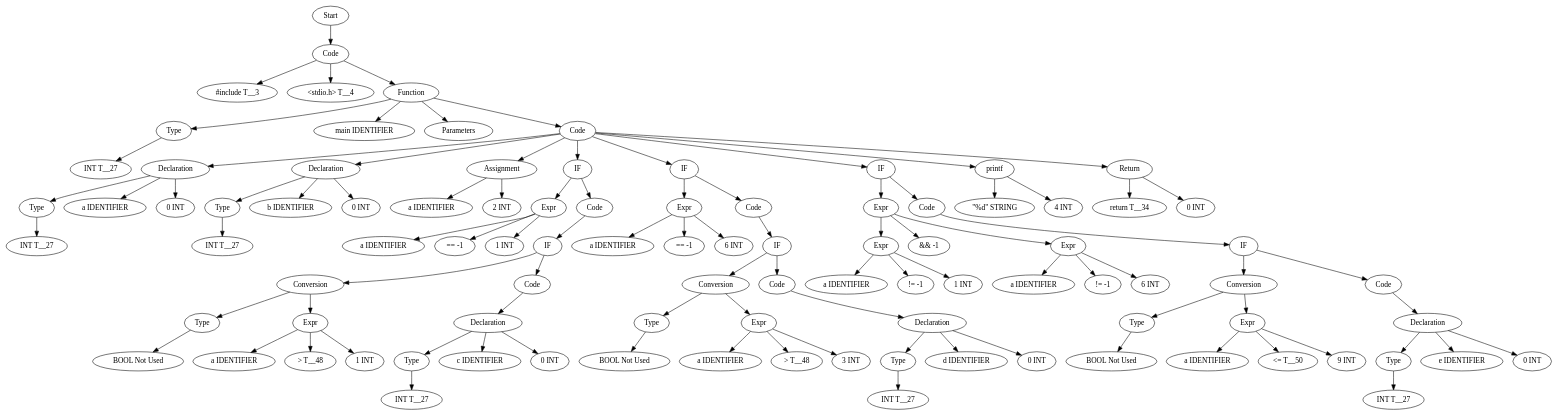
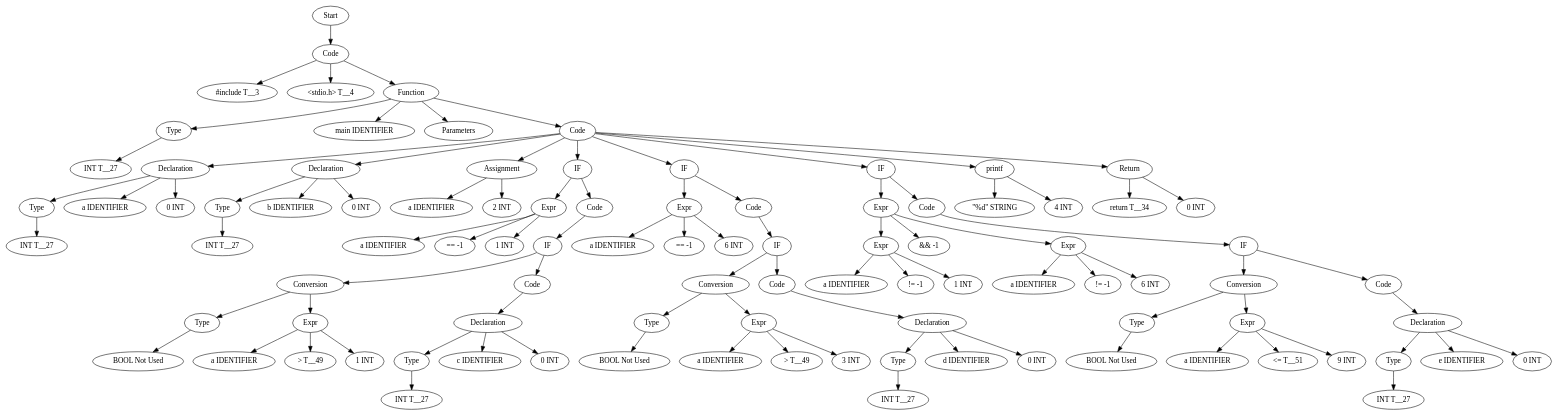
The diagram in TestCases/ASTTests/SwitchTests/createTests/read_file_after.dot (Are-you-listening/Compilers), drawn with Graphviz before and after one commit. The commit also changed 363 other files, not shown here.

```diff
--- a/TestCases/ASTTests/SwitchTests/createTests/read_file_after.dot
+++ b/TestCases/ASTTests/SwitchTests/createTests/read_file_after.dot
@@ -1,191 +1,191 @@
 digraph AST {
-  "138215739825872" [label="Start"];
-  "138215739825872" -> "138215739818960";
-  "138215739818960" [label="Code"];
-  "138215739818960" -> "138215739989520";
-  "138215739818960" -> "138215739986640";
-  "138215739818960" -> "138215739984864";
-  "138215739989520" [label="#include T__3"];
-  "138215739986640" [label="<stdio.h> T__4"];
-  "138215739984864" [label="Function"];
-  "138215739984864" -> "138215739984432";
-  "138215739984864" -> "138215739985152";
-  "138215739984864" -> "138215739990912";
-  "138215739984864" -> "138215739992544";
-  "138215739984432" [label="Type"];
-  "138215739984432" -> "138215739988464";
-  "138215739988464" [label="INT T__27"];
-  "138215739985152" [label="main IDENTIFIER"];
-  "138215739990912" [label="Parameters"];
-  "138215739992544" [label="Code"];
-  "138215739992544" -> "138215739989424";
-  "138215739992544" -> "138215739990192";
-  "138215739992544" -> "138215739985296";
-  "138215739992544" -> "138215739984240";
-  "138215739992544" -> "138215739985200";
-  "138215739992544" -> "138215739990240";
-  "138215739992544" -> "138215739994080";
-  "138215739992544" -> "138215739982608";
-  "138215739989424" [label="Declaration"];
-  "138215739989424" -> "138215739990960";
-  "138215739989424" -> "138215739985824";
-  "138215739989424" -> "138215739987360";
-  "138215739990960" [label="Type"];
-  "138215739990960" -> "138215739985584";
-  "138215739985584" [label="INT T__27"];
-  "138215739985824" [label="a IDENTIFIER"];
-  "138215739987360" [label="0 INT"];
-  "138215739990192" [label="Declaration"];
-  "138215739990192" -> "138215739988800";
-  "138215739990192" -> "138215739991440";
-  "138215739990192" -> "138215739986208";
-  "138215739988800" [label="Type"];
-  "138215739988800" -> "138215739985776";
-  "138215739985776" [label="INT T__27"];
-  "138215739991440" [label="b IDENTIFIER"];
-  "138215739986208" [label="0 INT"];
-  "138215739985296" [label="Assignment"];
-  "138215739985296" -> "138215739984720";
-  "138215739985296" -> "138215739987264";
-  "138215739984720" [label="a IDENTIFIER"];
-  "138215739987264" [label="2 INT"];
-  "138215739984240" [label="IF"];
-  "138215739984240" -> "138215739986736";
-  "138215739984240" -> "138215739986592";
-  "138215739986736" [label="Expr"];
-  "138215739986736" -> "138215739989808";
-  "138215739986736" -> "138215739988560";
-  "138215739986736" -> "138215739989760";
-  "138215739989808" [label="a IDENTIFIER"];
-  "138215739988560" [label="== -1"];
-  "138215739989760" [label="1 INT"];
-  "138215739986592" [label="Code"];
-  "138215739986592" -> "138215739987696";
-  "138215739987696" [label="IF"];
-  "138215739987696" -> "138215739992304";
-  "138215739987696" -> "138215739989712";
-  "138215739992304" [label="Conversion"];
-  "138215739992304" -> "138215739983040";
-  "138215739992304" -> "138215739988656";
-  "138215739983040" [label="Type"];
-  "138215739983040" -> "138215739993264";
-  "138215739993264" [label="BOOL Not Used"];
-  "138215739988656" [label="Expr"];
-  "138215739988656" -> "138215739987024";
-  "138215739988656" -> "138215739991056";
-  "138215739988656" -> "138215739982896";
-  "138215739987024" [label="a IDENTIFIER"];
-  "138215739991056" [label="> T__48"];
-  "138215739982896" [label="1 INT"];
-  "138215739989712" [label="Code"];
-  "138215739989712" -> "138215739991824";
-  "138215739991824" [label="Declaration"];
-  "138215739991824" -> "138215739992256";
-  "138215739991824" -> "138215739992928";
-  "138215739991824" -> "138215739991584";
-  "138215739992256" [label="Type"];
-  "138215739992256" -> "138215739989904";
-  "138215739989904" [label="INT T__27"];
-  "138215739992928" [label="c IDENTIFIER"];
-  "138215739991584" [label="0 INT"];
-  "138215739985200" [label="IF"];
-  "138215739985200" -> "138215739987648";
-  "138215739985200" -> "138215739987072";
-  "138215739987648" [label="Expr"];
-  "138215739987648" -> "138215739994464";
-  "138215739987648" -> "138215739993552";
-  "138215739987648" -> "138215739993744";
-  "138215739994464" [label="a IDENTIFIER"];
-  "138215739993552" [label="== -1"];
-  "138215739993744" [label="6 INT"];
-  "138215739987072" [label="Code"];
-  "138215739987072" -> "138215739994320";
-  "138215739994320" [label="IF"];
-  "138215739994320" -> "138215739994272";
-  "138215739994320" -> "138215739994512";
-  "138215739994272" [label="Conversion"];
-  "138215739994272" -> "138215739994608";
-  "138215739994272" -> "138215739995184";
-  "138215739994608" [label="Type"];
-  "138215739994608" -> "138215739995376";
-  "138215739995376" [label="BOOL Not Used"];
-  "138215739995184" [label="Expr"];
-  "138215739995184" -> "138215739993984";
-  "138215739995184" -> "138215739992688";
-  "138215739995184" -> "138215739983232";
-  "138215739993984" [label="a IDENTIFIER"];
-  "138215739992688" [label="> T__48"];
-  "138215739983232" [label="3 INT"];
-  "138215739994512" [label="Code"];
-  "138215739994512" -> "138215739982416";
-  "138215739982416" [label="Declaration"];
-  "138215739982416" -> "138215739982080";
-  "138215739982416" -> "138215739993360";
-  "138215739982416" -> "138215739991776";
-  "138215739982080" [label="Type"];
-  "138215739982080" -> "138215739994032";
-  "138215739994032" [label="INT T__27"];
-  "138215739993360" [label="d IDENTIFIER"];
-  "138215739991776" [label="0 INT"];
-  "138215739990240" [label="IF"];
-  "138215739990240" -> "138215739994416";
-  "138215739990240" -> "138215739995280";
-  "138215739994416" [label="Expr"];
-  "138215739994416" -> "138215739983328";
-  "138215739994416" -> "138215739994128";
-  "138215739994416" -> "138215739995136";
-  "138215739983328" [label="Expr"];
-  "138215739983328" -> "138215739994992";
-  "138215739983328" -> "138215739995040";
-  "138215739983328" -> "138215739994944";
-  "138215739994992" [label="a IDENTIFIER"];
-  "138215739995040" [label="!= -1"];
-  "138215739994944" [label="1 INT"];
-  "138215739994128" [label="&& -1"];
-  "138215739995136" [label="Expr"];
-  "138215739995136" -> "138215739982704";
-  "138215739995136" -> "138215739983664";
-  "138215739995136" -> "138215739991728";
-  "138215739982704" [label="a IDENTIFIER"];
-  "138215739983664" [label="!= -1"];
-  "138215739991728" [label="6 INT"];
-  "138215739995280" [label="Code"];
-  "138215739995280" -> "138215739991968";
-  "138215739991968" [label="IF"];
-  "138215739991968" -> "138215739982368";
-  "138215739991968" -> "138215739995232";
-  "138215739982368" [label="Conversion"];
-  "138215739982368" -> "138215739996096";
-  "138215739982368" -> "138215739996240";
-  "138215739996096" [label="Type"];
-  "138215739996096" -> "138215739996288";
-  "138215739996288" [label="BOOL Not Used"];
-  "138215739996240" [label="Expr"];
-  "138215739996240" -> "138215739996480";
-  "138215739996240" -> "138215739996144";
-  "138215739996240" -> "138215739996192";
-  "138215739996480" [label="a IDENTIFIER"];
-  "138215739996144" [label="<= T__50"];
-  "138215739996192" [label="9 INT"];
-  "138215739995232" [label="Code"];
-  "138215739995232" -> "138215739996048";
-  "138215739996048" [label="Declaration"];
-  "138215739996048" -> "138215739995856";
-  "138215739996048" -> "138215739995712";
-  "138215739996048" -> "138215739995808";
-  "138215739995856" [label="Type"];
-  "138215739995856" -> "138215739995760";
-  "138215739995760" [label="INT T__27"];
-  "138215739995712" [label="e IDENTIFIER"];
-  "138215739995808" [label="0 INT"];
-  "138215739994080" [label="printf"];
-  "138215739994080" -> "138215739982800";
-  "138215739994080" -> "138215739996576";
-  "138215739982800" [label="\"%d\" STRING"];
-  "138215739996576" [label="4 INT"];
-  "138215739982608" [label="Return"];
-  "138215739982608" -> "138215739995472";
-  "138215739982608" -> "138215739995424";
-  "138215739995472" [label="return T__34"];
-  "138215739995424" [label="0 INT"];
+  "129425059526352" [label="Start"];
+  "129425059526352" -> "129425059722528";
+  "129425059722528" [label="Code"];
+  "129425059722528" -> "129425059724784";
+  "129425059722528" -> "129425059709232";
+  "129425059722528" -> "129425059713792";
+  "129425059724784" [label="#include T__3"];
+  "129425059709232" [label="<stdio.h> T__4"];
+  "129425059713792" [label="Function"];
+  "129425059713792" -> "129425059709808";
+  "129425059713792" -> "129425059723296";
+  "129425059713792" -> "129425059723488";
+  "129425059713792" -> "129425059712592";
+  "129425059709808" [label="Type"];
+  "129425059709808" -> "129425059723248";
+  "129425059723248" [label="INT T__27"];
+  "129425059723296" [label="main IDENTIFIER"];
+  "129425059723488" [label="Parameters"];
+  "129425059712592" [label="Code"];
+  "129425059712592" -> "129425059716576";
+  "129425059712592" -> "129425059718928";
+  "129425059712592" -> "129425059711296";
+  "129425059712592" -> "129425059719408";
+  "129425059712592" -> "129425059718736";
+  "129425059712592" -> "129425059873984";
+  "129425059712592" -> "129425059884256";
+  "129425059712592" -> "129425059886560";
+  "129425059716576" [label="Declaration"];
+  "129425059716576" -> "129425059716192";
+  "129425059716576" -> "129425059710768";
+  "129425059716576" -> "129425059711200";
+  "129425059716192" [label="Type"];
+  "129425059716192" -> "129425059710528";
+  "129425059710528" [label="INT T__27"];
+  "129425059710768" [label="a IDENTIFIER"];
+  "129425059711200" [label="0 INT"];
+  "129425059718928" [label="Declaration"];
+  "129425059718928" -> "129425059722096";
+  "129425059718928" -> "129425059723152";
+  "129425059718928" -> "129425059717200";
+  "129425059722096" [label="Type"];
+  "129425059722096" -> "129425059723104";
+  "129425059723104" [label="INT T__27"];
+  "129425059723152" [label="b IDENTIFIER"];
+  "129425059717200" [label="0 INT"];
+  "129425059711296" [label="Assignment"];
+  "129425059711296" -> "129425059712400";
+  "129425059711296" -> "129425059719216";
+  "129425059712400" [label="a IDENTIFIER"];
+  "129425059719216" [label="2 INT"];
+  "129425059719408" [label="IF"];
+  "129425059719408" -> "129425059719168";
+  "129425059719408" -> "129425059713264";
+  "129425059719168" [label="Expr"];
+  "129425059719168" -> "129425059720320";
+  "129425059719168" -> "129425059715232";
+  "129425059719168" -> "129425059721808";
+  "129425059720320" [label="a IDENTIFIER"];
+  "129425059715232" [label="== -1"];
+  "129425059721808" [label="1 INT"];
+  "129425059713264" [label="Code"];
+  "129425059713264" -> "129425059721184";
+  "129425059721184" [label="IF"];
+  "129425059721184" -> "129425059715136";
+  "129425059721184" -> "129425059882240";
+  "129425059715136" [label="Conversion"];
+  "129425059715136" -> "129425059718448";
+  "129425059715136" -> "129425059711440";
+  "129425059718448" [label="Type"];
+  "129425059718448" -> "129425059721952";
+  "129425059721952" [label="BOOL Not Used"];
+  "129425059711440" [label="Expr"];
+  "129425059711440" -> "129425059724256";
+  "129425059711440" -> "129425059717680";
+  "129425059711440" -> "129425059882192";
+  "129425059724256" [label="a IDENTIFIER"];
+  "129425059717680" [label="> T__49"];
+  "129425059882192" [label="1 INT"];
+  "129425059882240" [label="Code"];
+  "129425059882240" -> "129425059881952";
+  "129425059881952" [label="Declaration"];
+  "129425059881952" -> "129425059881760";
+  "129425059881952" -> "129425059881328";
+  "129425059881952" -> "129425059876768";
+  "129425059881760" [label="Type"];
+  "129425059881760" -> "129425059881568";
+  "129425059881568" [label="INT T__27"];
+  "129425059881328" [label="c IDENTIFIER"];
+  "129425059876768" [label="0 INT"];
+  "129425059718736" [label="IF"];
+  "129425059718736" -> "129425059876720";
+  "129425059718736" -> "129425059878832";
+  "129425059876720" [label="Expr"];
+  "129425059876720" -> "129425059875952";
+  "129425059876720" -> "129425059879408";
+  "129425059876720" -> "129425059878880";
+  "129425059875952" [label="a IDENTIFIER"];
+  "129425059879408" [label="== -1"];
+  "129425059878880" [label="6 INT"];
+  "129425059878832" [label="Code"];
+  "129425059878832" -> "129425059874080";
+  "129425059874080" [label="IF"];
+  "129425059874080" -> "129425059878352";
+  "129425059874080" -> "129425059874992";
+  "129425059878352" [label="Conversion"];
+  "129425059878352" -> "129425059876144";
+  "129425059878352" -> "129425059873552";
+  "129425059876144" [label="Type"];
+  "129425059876144" -> "129425059876048";
+  "129425059876048" [label="BOOL Not Used"];
+  "129425059873552" [label="Expr"];
+  "129425059873552" -> "129425059873456";
+  "129425059873552" -> "129425059877152";
+  "129425059873552" -> "129425059875136";
+  "129425059873456" [label="a IDENTIFIER"];
+  "129425059877152" [label="> T__49"];
+  "129425059875136" [label="3 INT"];
+  "129425059874992" [label="Code"];
+  "129425059874992" -> "129425059874896";
+  "129425059874896" [label="Declaration"];
+  "129425059874896" -> "129425059879600";
+  "129425059874896" -> "129425059877392";
+  "129425059874896" -> "129425059880272";
+  "129425059879600" [label="Type"];
+  "129425059879600" -> "129425059878400";
+  "129425059878400" [label="INT T__27"];
+  "129425059877392" [label="d IDENTIFIER"];
+  "129425059880272" [label="0 INT"];
+  "129425059873984" [label="IF"];
+  "129425059873984" -> "129425059873024";
+  "129425059873984" -> "129425059884016";
+  "129425059873024" [label="Expr"];
+  "129425059873024" -> "129425059882768";
+  "129425059873024" -> "129425059883344";
+  "129425059873024" -> "129425059883488";
+  "129425059882768" [label="Expr"];
+  "129425059882768" -> "129425059882960";
+  "129425059882768" -> "129425059883104";
+  "129425059882768" -> "129425059883248";
+  "129425059882960" [label="a IDENTIFIER"];
+  "129425059883104" [label="!= -1"];
+  "129425059883248" [label="1 INT"];
+  "129425059883344" [label="&& -1"];
+  "129425059883488" [label="Expr"];
+  "129425059883488" -> "129425059883680";
+  "129425059883488" -> "129425059883824";
+  "129425059883488" -> "129425059883968";
+  "129425059883680" [label="a IDENTIFIER"];
+  "129425059883824" [label="!= -1"];
+  "129425059883968" [label="6 INT"];
+  "129425059884016" [label="Code"];
+  "129425059884016" -> "129425059884208";
+  "129425059884208" [label="IF"];
+  "129425059884208" -> "129425059884400";
+  "129425059884208" -> "129425059885408";
+  "129425059884400" [label="Conversion"];
+  "129425059884400" -> "129425059884592";
+  "129425059884400" -> "129425059884880";
+  "129425059884592" [label="Type"];
+  "129425059884592" -> "129425059884784";
+  "129425059884784" [label="BOOL Not Used"];
+  "129425059884880" [label="Expr"];
+  "129425059884880" -> "129425059885072";
+  "129425059884880" -> "129425059885216";
+  "129425059884880" -> "129425059885360";
+  "129425059885072" [label="a IDENTIFIER"];
+  "129425059885216" [label="<= T__51"];
+  "129425059885360" [label="9 INT"];
+  "129425059885408" [label="Code"];
+  "129425059885408" -> "129425059885600";
+  "129425059885600" [label="Declaration"];
+  "129425059885600" -> "129425059885792";
+  "129425059885600" -> "129425059886080";
+  "129425059885600" -> "129425059886224";
+  "129425059885792" [label="Type"];
+  "129425059885792" -> "129425059885984";
+  "129425059885984" [label="INT T__27"];
+  "129425059886080" [label="e IDENTIFIER"];
+  "129425059886224" [label="0 INT"];
+  "129425059884256" [label="printf"];
+  "129425059884256" -> "129425059886320";
+  "129425059884256" -> "129425059886464";
+  "129425059886320" [label="\"%d\" STRING"];
+  "129425059886464" [label="4 INT"];
+  "129425059886560" [label="Return"];
+  "129425059886560" -> "129425059886752";
+  "129425059886560" -> "129425059886896";
+  "129425059886752" [label="return T__34"];
+  "129425059886896" [label="0 INT"];
 }
```
